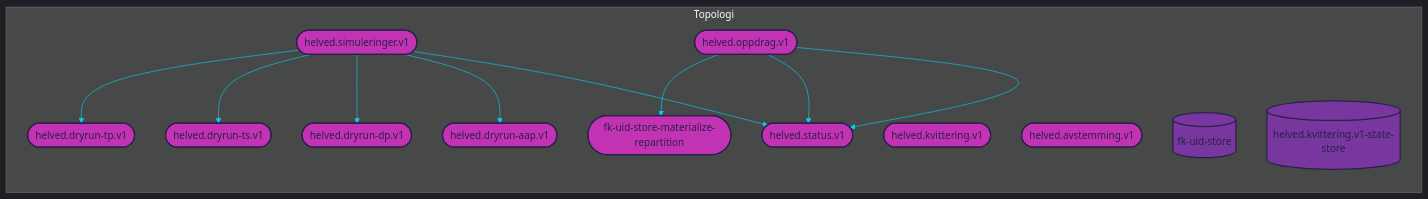
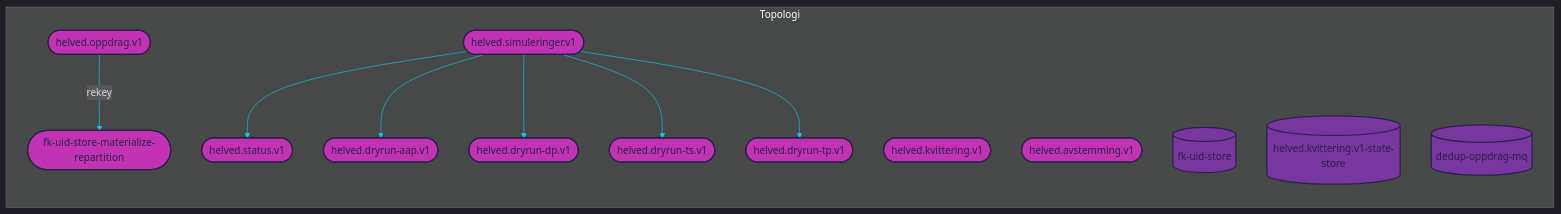
The diagram in dokumentasjon/urskog.mmd (navikt/helved-utbetaling), drawn with Mermaid before and after one commit. The commit also changed 8 other files, not shown here.

Commit message:
implementerer dedup processor på mq oppdrag produceren

```diff
--- a/dokumentasjon/urskog.mmd
+++ b/dokumentasjon/urskog.mmd
@@ -1,84 +1,83 @@
 
 %%{init: {'theme': 'dark', 'themeVariables': { 'primaryColor': '#07cff6', 'textColor': '#dad9e0', 'lineColor': '#07cff6'}}}%%
 
 graph LR
 
 subgraph Topologi
     %% TOPICS
     helved.simuleringer.v1([helved.simuleringer.v1])
 	helved.dryrun-aap.v1([helved.dryrun-aap.v1])
 	helved.dryrun-dp.v1([helved.dryrun-dp.v1])
 	helved.dryrun-ts.v1([helved.dryrun-ts.v1])
 	helved.dryrun-tp.v1([helved.dryrun-tp.v1])
 	helved.status.v1([helved.status.v1])
 	helved.kvittering.v1([helved.kvittering.v1])
 	fk-uid-store-materialize-repartition([fk-uid-store-materialize-repartition])
 	helved.oppdrag.v1([helved.oppdrag.v1])
 	helved.avstemming.v1([helved.avstemming.v1])
 
     %% JOINS
     
 
     %% STATE PROCESSORS
     
     
     %% STATE STORES
     fk-uid-store[(fk-uid-store)]
 	helved.kvittering.v1-state-store[(helved.kvittering.v1-state-store)]
+	dedup-oppdrag-mq[(dedup-oppdrag-mq)]
     
     %% DATABASES
     
     
 
     %% PROCESSOR API JOBS
     
     
     %% JOIN STREAMS
     
 
     %% TABLE STREAMS
     
 
     %% JOB STREAMS
     
     
     %% BRANCH STREAMS
     
 
     %% REPARTITION STREAMS
-    
+    helved.oppdrag.v1 --> |rekey| fk-uid-store-materialize-repartition
     
     %% BASIC STREAMS
     helved.simuleringer.v1 --> helved.status.v1
 	helved.simuleringer.v1 --> helved.dryrun-aap.v1
 	helved.simuleringer.v1 --> helved.dryrun-dp.v1
 	helved.simuleringer.v1 --> helved.dryrun-ts.v1
 	helved.simuleringer.v1 --> helved.dryrun-tp.v1
-	helved.oppdrag.v1 --> helved.status.v1
-	helved.oppdrag.v1 --> helved.status.v1
-	helved.oppdrag.v1 --> fk-uid-store-materialize-repartition
     
     %% CUSTOM PROCESS STREAMS
     
 end
 
 %% COLORS
 %% light    #dad9e0
 %% purple   #78369f
 %% pink     #c233b4
 %% dark     #2a204a
 %% blue     #07cff6
 
 %% STYLES
 style helved.simuleringer.v1 fill:#c233b4, stroke:#2a204a, stroke-width:2px, color:#2a204a
 style helved.dryrun-aap.v1 fill:#c233b4, stroke:#2a204a, stroke-width:2px, color:#2a204a
 style helved.dryrun-dp.v1 fill:#c233b4, stroke:#2a204a, stroke-width:2px, color:#2a204a
 style helved.dryrun-ts.v1 fill:#c233b4, stroke:#2a204a, stroke-width:2px, color:#2a204a
 style helved.dryrun-tp.v1 fill:#c233b4, stroke:#2a204a, stroke-width:2px, color:#2a204a
 style helved.status.v1 fill:#c233b4, stroke:#2a204a, stroke-width:2px, color:#2a204a
 style helved.kvittering.v1 fill:#c233b4, stroke:#2a204a, stroke-width:2px, color:#2a204a
 style fk-uid-store-materialize-repartition fill:#c233b4, stroke:#2a204a, stroke-width:2px, color:#2a204a
 style helved.oppdrag.v1 fill:#c233b4, stroke:#2a204a, stroke-width:2px, color:#2a204a
 style helved.avstemming.v1 fill:#c233b4, stroke:#2a204a, stroke-width:2px, color:#2a204a
 style fk-uid-store fill:#78369f, stroke:#2a204a, stroke-width:2px, color:#2a204a
 style helved.kvittering.v1-state-store fill:#78369f, stroke:#2a204a, stroke-width:2px, color:#2a204a
+style dedup-oppdrag-mq fill:#78369f, stroke:#2a204a, stroke-width:2px, color:#2a204a
```
